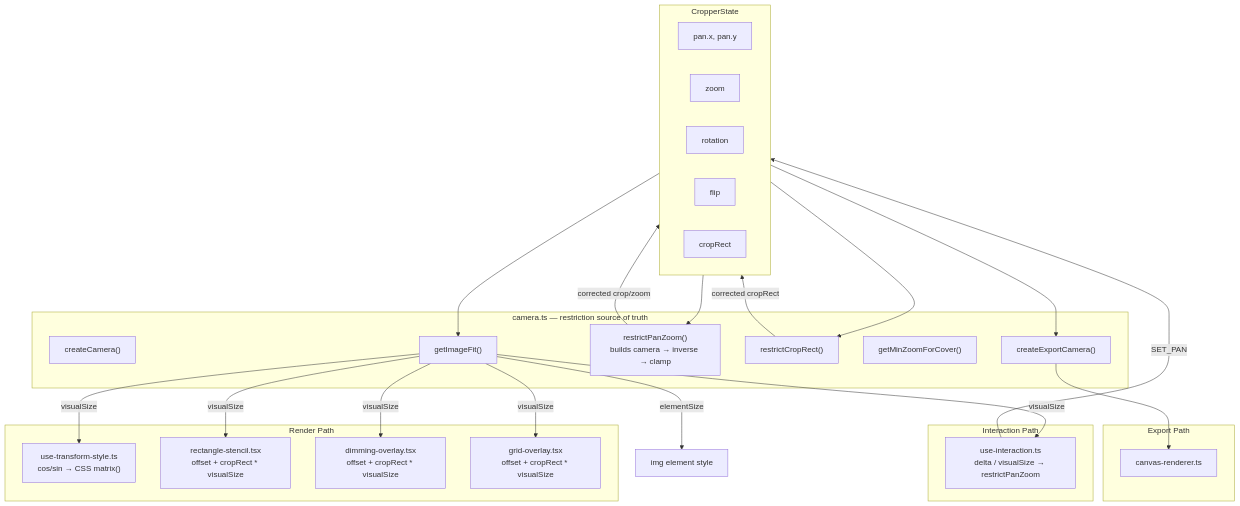
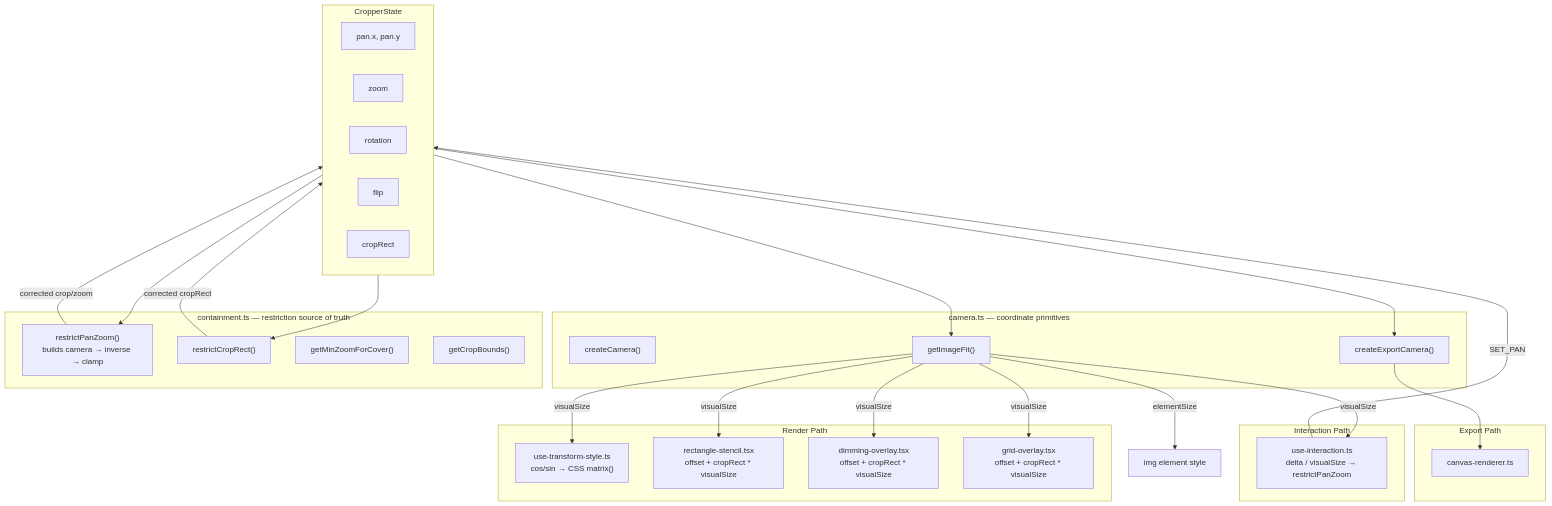
One commit to WordPress/gutenberg changed the diagram in packages/media-editor/src/image-editor/docs/architecture.md. Above: the diagram before and after it, drawn with Mermaid. The commit also changed 11 other files, not shown here.

````diff
--- a/packages/media-editor/src/image-editor/docs/architecture.md
+++ b/packages/media-editor/src/image-editor/docs/architecture.md
@@ -15,51 +15,55 @@
 ```mermaid
 graph TD
     subgraph State["CropperState"]
         pan["pan.x, pan.y"]
         zoom["zoom"]
         rotation["rotation"]
         flip["flip"]
         cropRect["cropRect"]
     end
 
-    subgraph Camera["camera.ts — restriction source of truth"]
+    subgraph Camera["camera.ts — coordinate primitives"]
         createCamera["createCamera()"]
         getImageFit["getImageFit()"]
+        createExportCamera["createExportCamera()"]
+    end
+
+    subgraph Containment["containment.ts — restriction source of truth"]
         restrictPanZoom["restrictPanZoom()\nbuilds camera → inverse → clamp"]
         restrictCropRect["restrictCropRect()"]
         getMinZoomForCover["getMinZoomForCover()"]
-        createExportCamera["createExportCamera()"]
+        getCropBounds["getCropBounds()"]
     end
 
     subgraph Rendering["Render Path"]
         useTransformStyle["use-transform-style.ts\ncos/sin → CSS matrix()"]
         stencil["rectangle-stencil.tsx\noffset + cropRect * visualSize"]
         dimming["dimming-overlay.tsx\noffset + cropRect * visualSize"]
         grid["grid-overlay.tsx\noffset + cropRect * visualSize"]
     end
 
     subgraph Interaction["Interaction Path"]
         useInteraction["use-interaction.ts\ndelta / visualSize → restrictPanZoom"]
     end
 
     subgraph Export["Export Path"]
         canvasRenderer["canvas-renderer.ts"]
     end
 
     State --> restrictPanZoom
     State --> restrictCropRect
     restrictPanZoom --> |"corrected crop/zoom"| State
     restrictCropRect --> |"corrected cropRect"| State
 
     State --> getImageFit
     getImageFit --> |"elementSize"| imgStyle["img element style"]
     getImageFit --> |"visualSize"| stencil
     getImageFit --> |"visualSize"| dimming
     getImageFit --> |"visualSize"| grid
     getImageFit --> |"visualSize"| useInteraction
     getImageFit --> |"visualSize"| useTransformStyle
 
     useInteraction --> |"SET_PAN"| State
 
     State --> createExportCamera --> canvasRenderer
 ```
````
